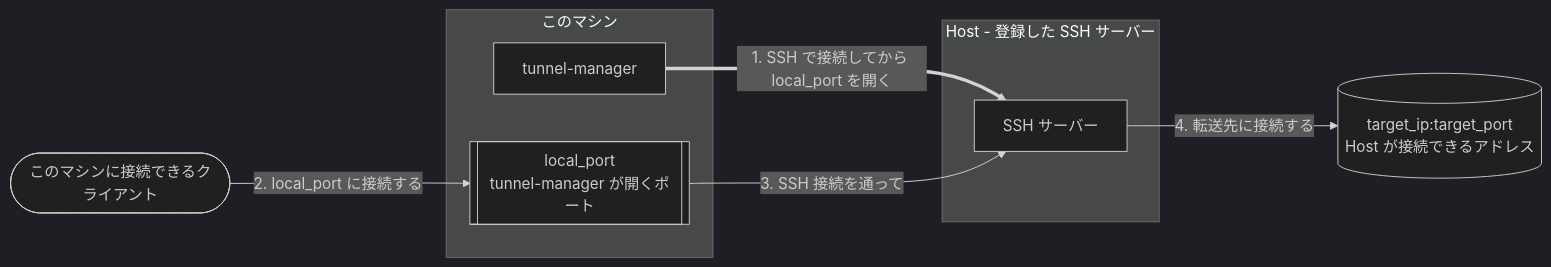
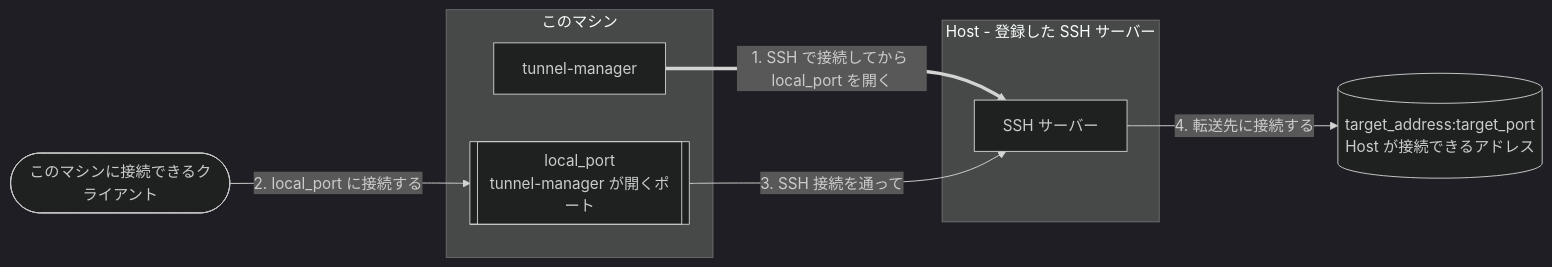
The second of 2 diagrams in docs/README.ja.md (jollaman999/tunnel-manager), drawn with Mermaid (dark theme) before and after one commit. The commit also changed other lines of this file and 21 other files, not shown here.

````diff
--- a/docs/README.ja.md
+++ b/docs/README.ja.md
@@ -40,17 +40,17 @@
 ```mermaid
 flowchart LR
     client(["このマシンに接続できるクライアント"])
     subgraph here ["このマシン"]
         port[["local_port<br/>tunnel-manager が開くポート"]]
         tm["tunnel-manager"]
     end
     subgraph host ["Host - 登録した SSH サーバー"]
         sshd["SSH サーバー"]
     end
-    target[("target_ip:target_port<br/>Host が接続できるアドレス")]
+    target[("target_address:target_port<br/>Host が接続できるアドレス")]
 
     tm ==>|"1. SSH で接続してから local_port を開く"| sshd
     client -->|"2. local_port に接続する"| port
     port -->|"3. SSH 接続を通って"| sshd
     sshd -->|"4. 転送先に接続する"| target
 ```
````
